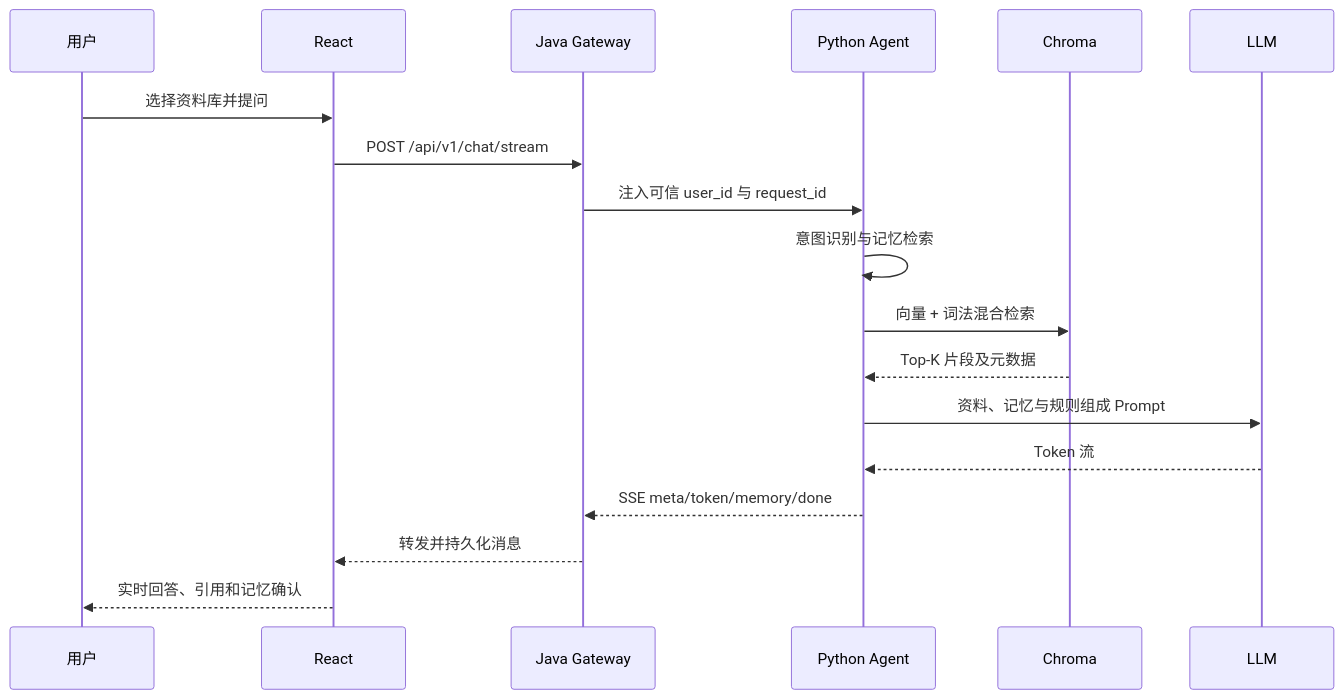
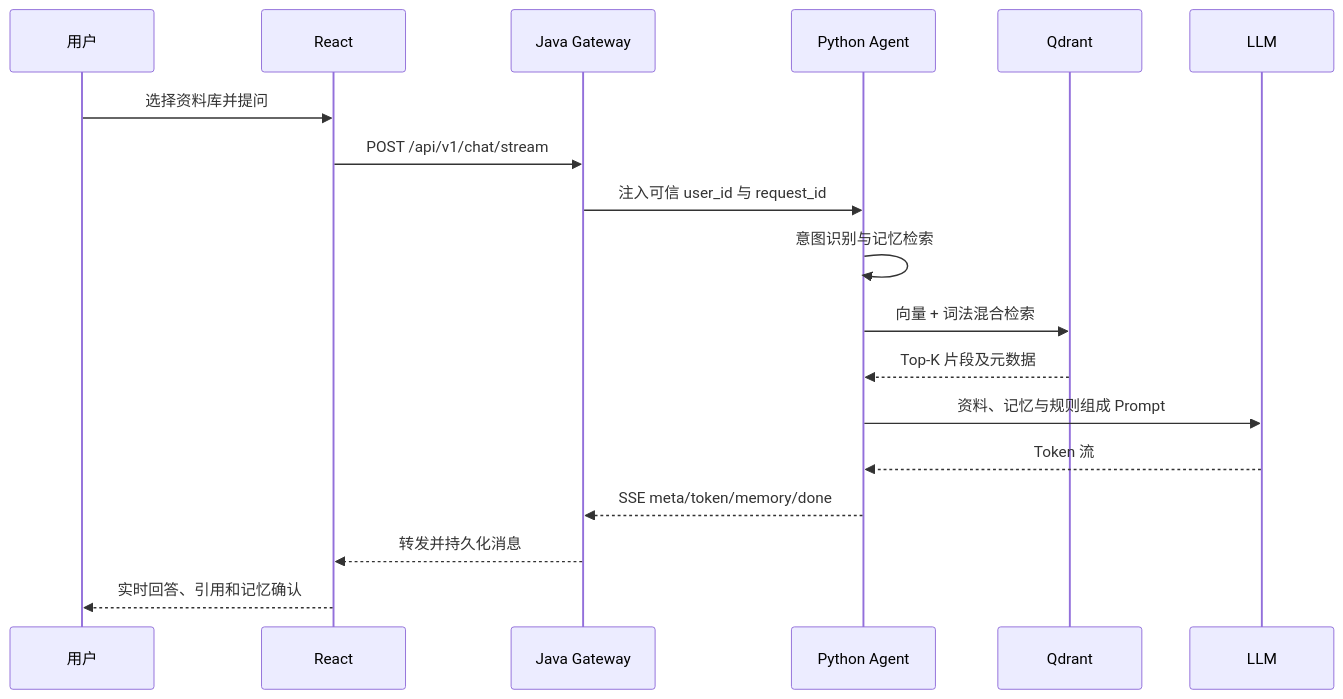
One commit to CoderDongHuang/Mneme changed the second of 3 diagrams in docs/MNEME_PROJECT_BLOG.md. Above: the diagram before and after it, drawn with Mermaid. The commit also changed other lines of this file and 64 other files, not shown here.

Commit message:
fix: replace vulnerable Chroma runtime with verified Qdrant migration

````diff
--- a/docs/MNEME_PROJECT_BLOG.md
+++ b/docs/MNEME_PROJECT_BLOG.md
@@ -78,21 +78,21 @@
 ```mermaid
 sequenceDiagram
     participant U as 用户
     participant R as React
     participant J as Java Gateway
     participant P as Python Agent
-    participant C as Chroma
+    participant C as Qdrant
     participant L as LLM
 
     U->>R: 选择资料库并提问
     R->>J: POST /api/v1/chat/stream
     J->>P: 注入可信 user_id 与 request_id
     P->>P: 意图识别与记忆检索
     P->>C: 向量 + 词法混合检索
     C-->>P: Top-K 片段及元数据
     P->>L: 资料、记忆与规则组成 Prompt
     L-->>P: Token 流
     P-->>J: SSE meta/token/memory/done
     J-->>R: 转发并持久化消息
     R-->>U: 实时回答、引用和记忆确认
 ```
````
